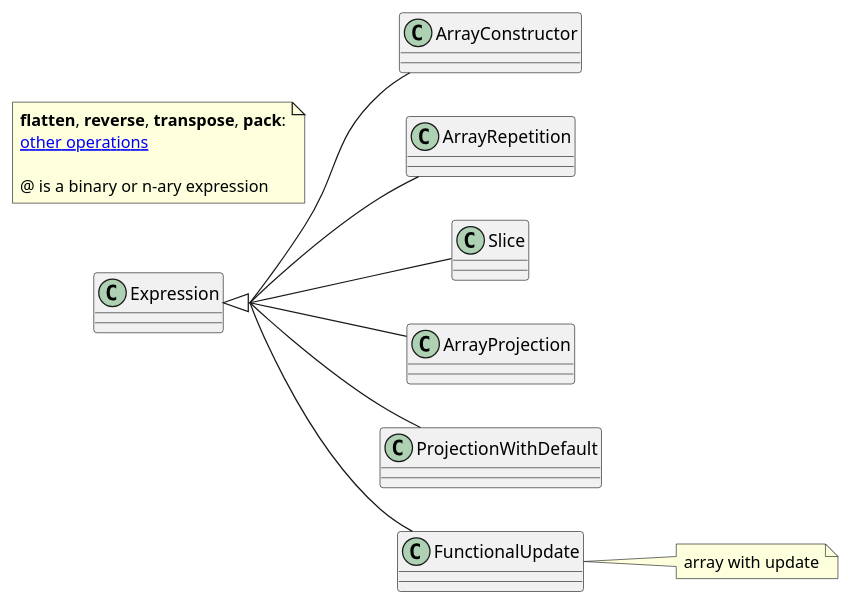
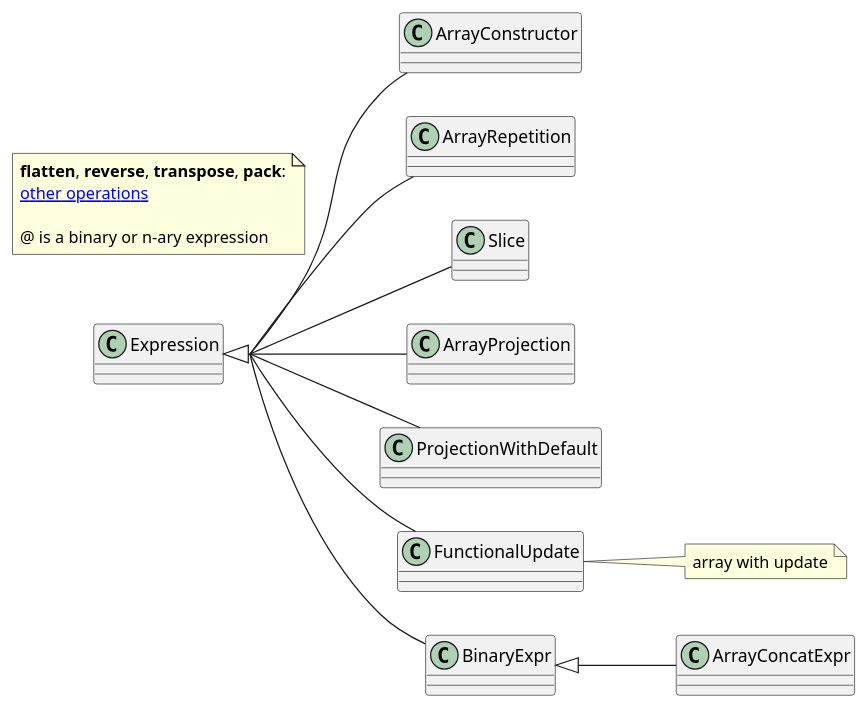
One commit to ansys/pyscadeone changed the diagram in doc/source/api/language/expressions/array_operations.puml. Above: the diagram before and after it, drawn with PlantUML. The commit also changed 537 other files, not shown here.

```diff
--- a/doc/source/api/language/expressions/array_operations.puml
+++ b/doc/source/api/language/expressions/array_operations.puml
@@ -1,21 +1,23 @@
 @startuml 
 ' ArrayOperations
 skinparam groupInheritance 2
 left to right direction
 
 Expression <|-- ArrayConstructor
 Expression <|-- ArrayRepetition
 Expression <|-- Slice
 Expression <|-- ArrayProjection
 Expression <|-- ProjectionWithDefault
 Expression <|-- FunctionalUpdate
 note right: array with update
+Expression <|-- BinaryExpr
+BinaryExpr <|-- ArrayConcatExpr
 
 note as N1
 **flatten**, **reverse**, **transpose**, **pack**:
 [[api/language/expressions/array.html#other-array-operations other operations]]
 
 @ is a binary or n-ary expression
 end note
 
 @enduml
```
